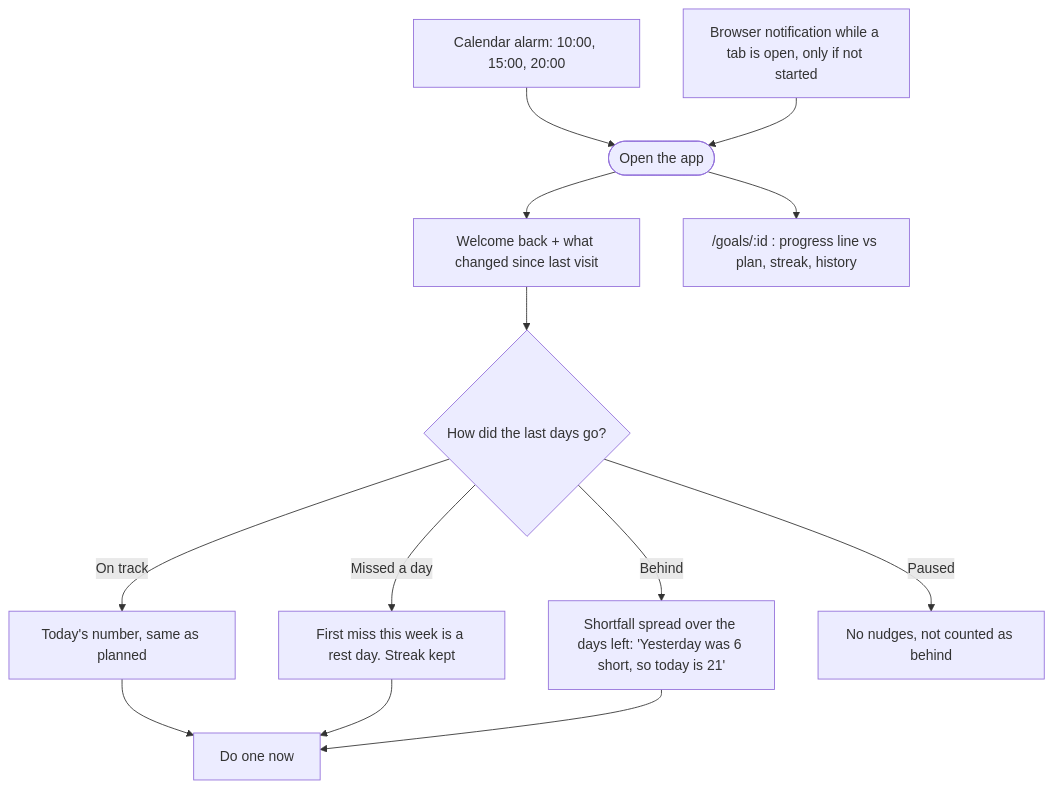
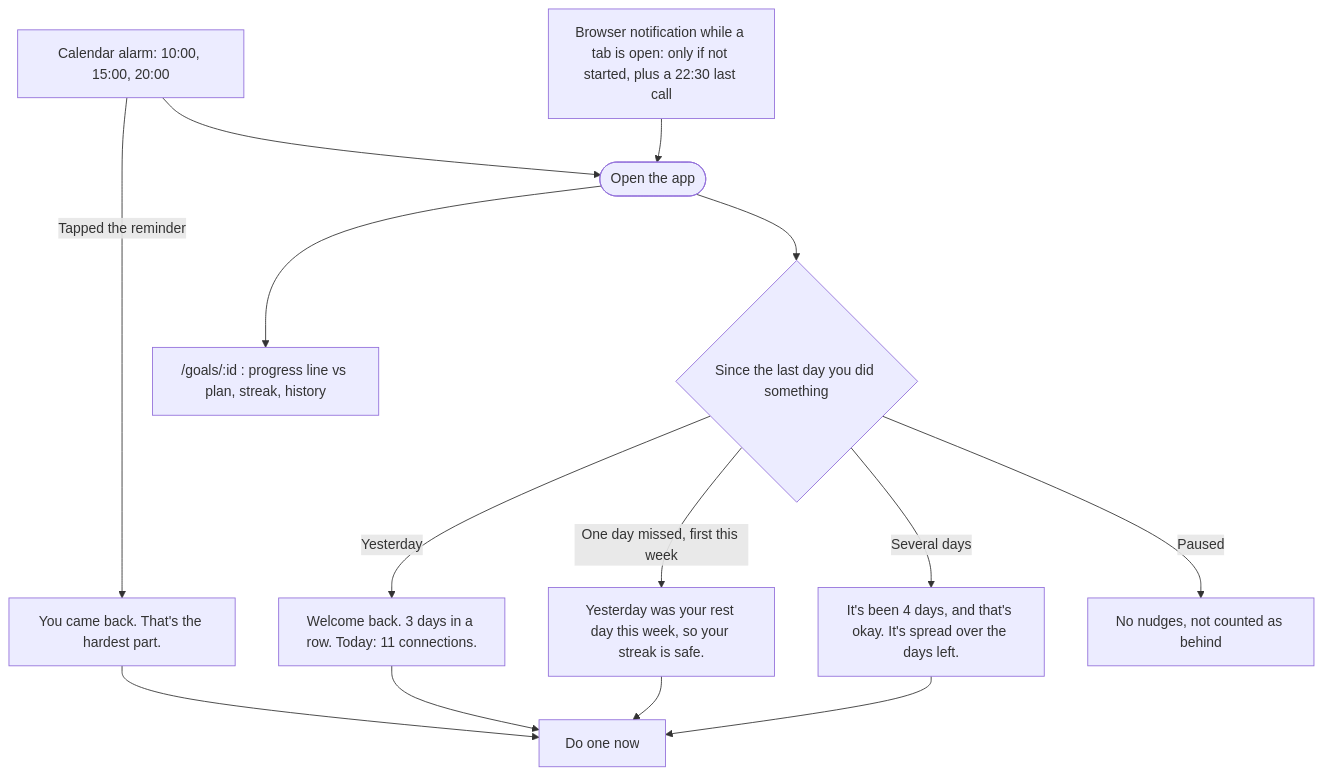
The fourth of 4 diagrams in flows.md (jessieyiqichen/dbs-a3), drawn with Mermaid before and after one commit. The commit also changed other lines of this file and 18 other files, not shown here.

Commit message:
feat: nudge prompt after day one, reminders page and welcome back

````diff
--- a/flows.md
+++ b/flows.md
@@ -61,13 +61,13 @@
 ```mermaid
 flowchart TD
     N1[Calendar alarm: 10:00, 15:00, 20:00] --> O([Open the app])
-    N2[Browser notification while a tab is open, only if not started] --> O
-    O --> W[Welcome back + what changed since last visit]
-    W --> Q{How did the last days go?}
-    Q -->|On track| A[Today's number, same as planned]
-    Q -->|Missed a day| R[First miss this week is a rest day. Streak kept]
-    Q -->|Behind| B["Shortfall spread over the days left: 'Yesterday was 6 short, so today is 21'"]
+    N2["Browser notification while a tab is open: only if not started, plus a 22:30 last call"] --> O
+    N1 -->|Tapped the reminder| F["You came back. That's the hardest part."]
+    O --> Q{Since the last day you did something}
+    Q -->|Yesterday| A["Welcome back. 3 days in a row. Today: 11 connections."]
+    Q -->|One day missed, first this week| R["Yesterday was your rest day this week, so your streak is safe."]
+    Q -->|Several days| B["It's been 4 days, and that's okay. It's spread over the days left."]
     Q -->|Paused| P[No nudges, not counted as behind]
-    A & R & B --> T[Do one now]
+    F & A & R & B --> T[Do one now]
     O --> H["/goals/:id : progress line vs plan, streak, history"]
 ```
````
